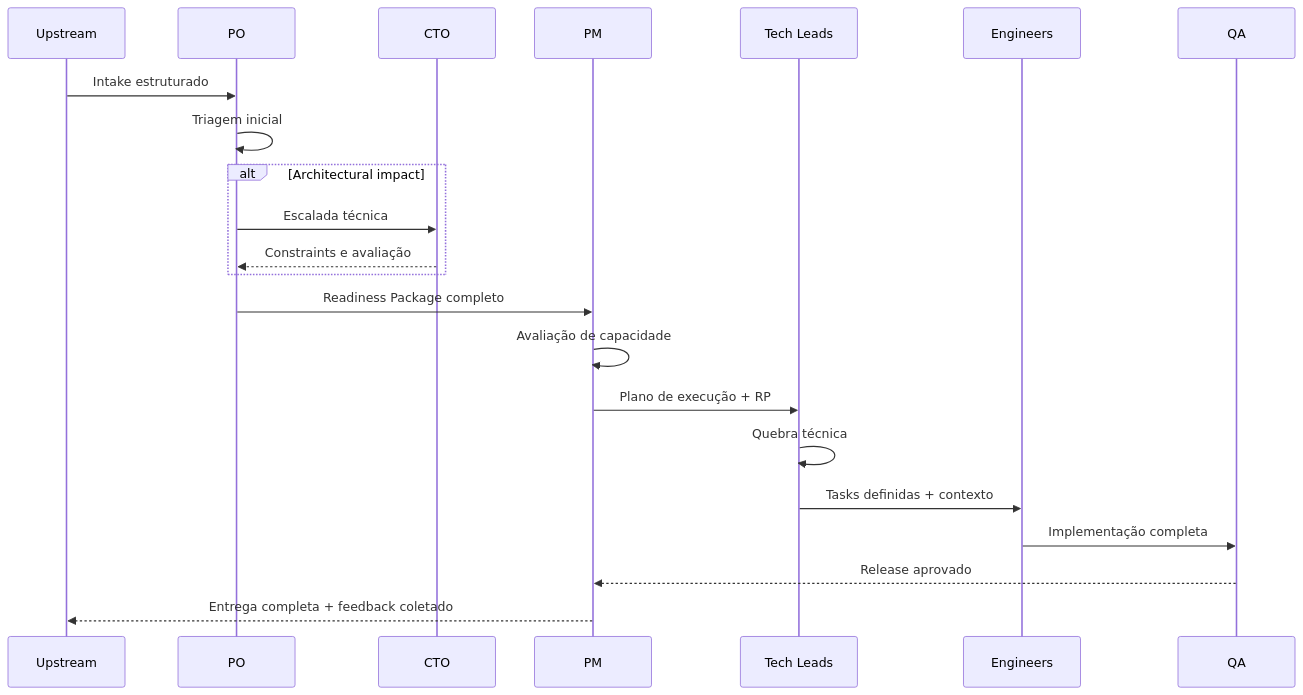
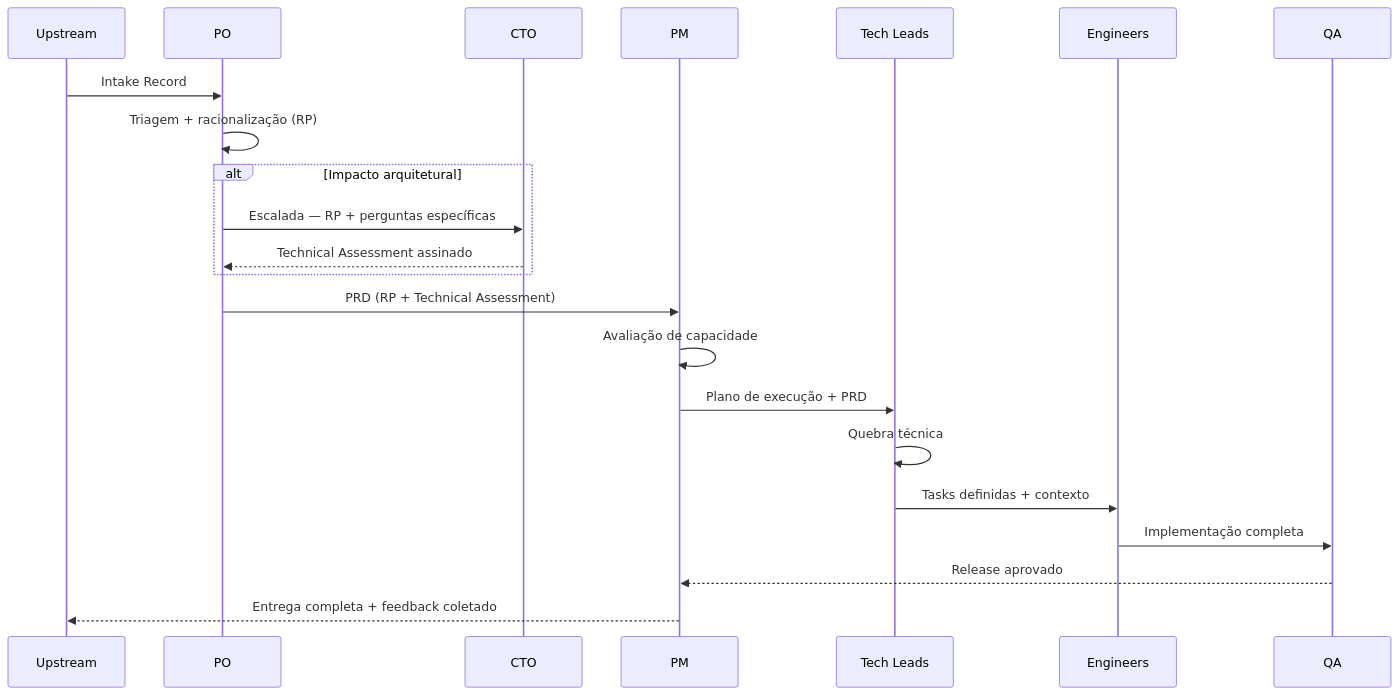
One commit to hugo-hsbtech/teamwork-process changed the eighth of 11 diagrams in README.md. Above: the diagram before and after it, drawn with Mermaid. The commit also changed other lines of this file and 10 other files, not shown here.

````diff
--- a/README.md
+++ b/README.md
@@ -392,25 +401,25 @@
 ```mermaid
 sequenceDiagram
     participant UP as Upstream
     participant PO as PO
     participant CTO as CTO
     participant PM as PM
     participant TL as Tech Leads
     participant ENG as Engineers
     participant QA as QA
 
-    UP->>PO: Intake estruturado
-    PO->>PO: Triagem inicial
-    alt Architectural impact
-        PO->>CTO: Escalada técnica
-        CTO-->>PO: Constraints e avaliação
+    UP->>PO: Intake Record
+    PO->>PO: Triagem + racionalização (RP)
+    alt Impacto arquitetural
+        PO->>CTO: Escalada — RP + perguntas específicas
+        CTO-->>PO: Technical Assessment assinado
     end
-    PO->>PM: Readiness Package completo
+    PO->>PM: PRD (RP + Technical Assessment)
     PM->>PM: Avaliação de capacidade
-    PM->>TL: Plano de execução + RP
+    PM->>TL: Plano de execução + PRD
     TL->>TL: Quebra técnica
     TL->>ENG: Tasks definidas + contexto
     ENG->>QA: Implementação completa
     QA-->>PM: Release aprovado
     PM-->>UP: Entrega completa + feedback coletado
 ```
````
